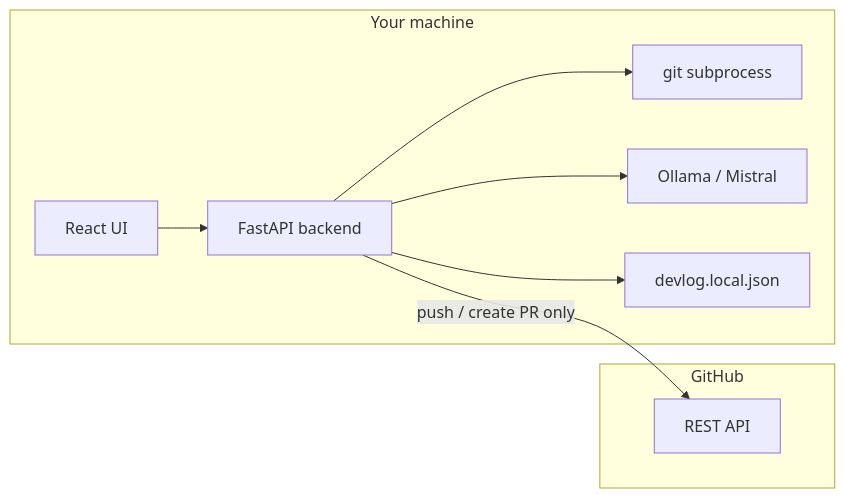
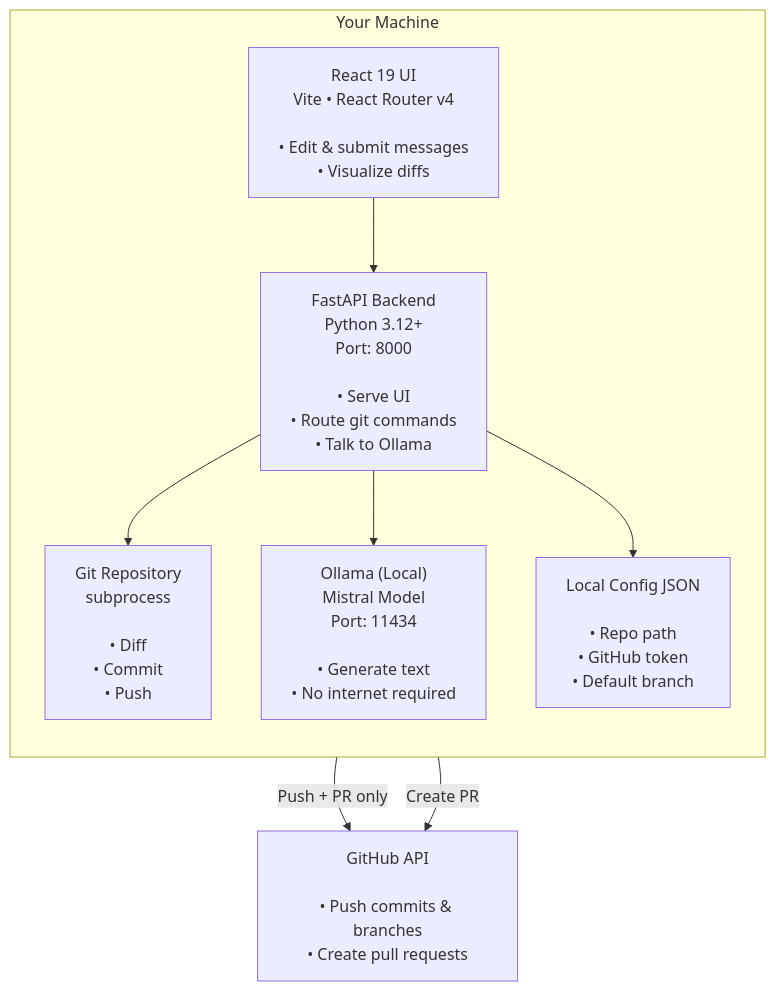
The diagram in Readme.md (Harsh63870/Devlog), drawn with Mermaid before and after one commit. The commit also changed other lines of this file, not shown here.

````diff
--- a/Readme.md
+++ b/Readme.md
@@ -33,18 +103,27 @@
 ```mermaid
-flowchart LR
-  subgraph local ["Your machine"]
-    UI["React UI"]
-    API["FastAPI backend"]
-    Git["git subprocess"]
-    Ollama["Ollama / Mistral"]
-    Config["devlog.local.json"]
-  end
-  subgraph remote ["GitHub"]
-    GH["REST API"]
-  end
-  UI --> API
-  API --> Git
-  API --> Ollama
-  API --> Config
-  API -->|"push / create PR only"| GH
+flowchart TB
+
+    subgraph LOCAL["Your Machine"]
+        direction TB
+
+        UI["React 19 UI<br/>Vite • React Router v4<br/><br/>• Edit & submit messages<br/>• Visualize diffs"]
+
+        API["FastAPI Backend<br/>Python 3.12+<br/>Port: 8000<br/><br/>• Serve UI<br/>• Route git commands<br/>• Talk to Ollama"]
+
+        Git["Git Repository<br/>subprocess<br/><br/>• Diff<br/>• Commit<br/>• Push"]
+
+        Ollama["Ollama (Local)<br/>Mistral Model<br/>Port: 11434<br/><br/>• Generate text<br/>• No internet required"]
+
+        Config["Local Config JSON<br/><br/>• Repo path<br/>• GitHub token<br/>• Default branch"]
+
+        UI --> API
+        API --> Git
+        API --> Ollama
+        API --> Config
+    end
+
+    Git -->|"Push + PR only"| GH
+    API -->|"Create PR"| GH
+
+    GH["GitHub API<br/><br/>• Push commits & branches<br/>• Create pull requests"]
 ```
````
